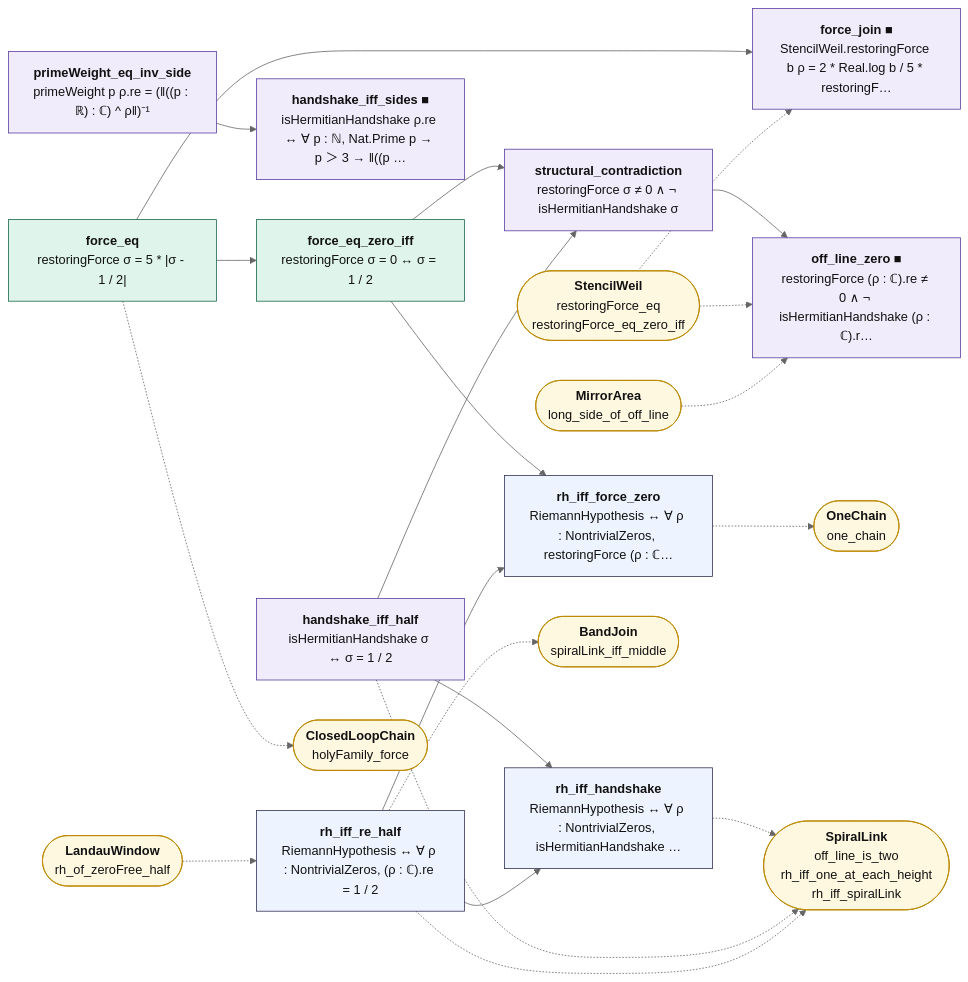
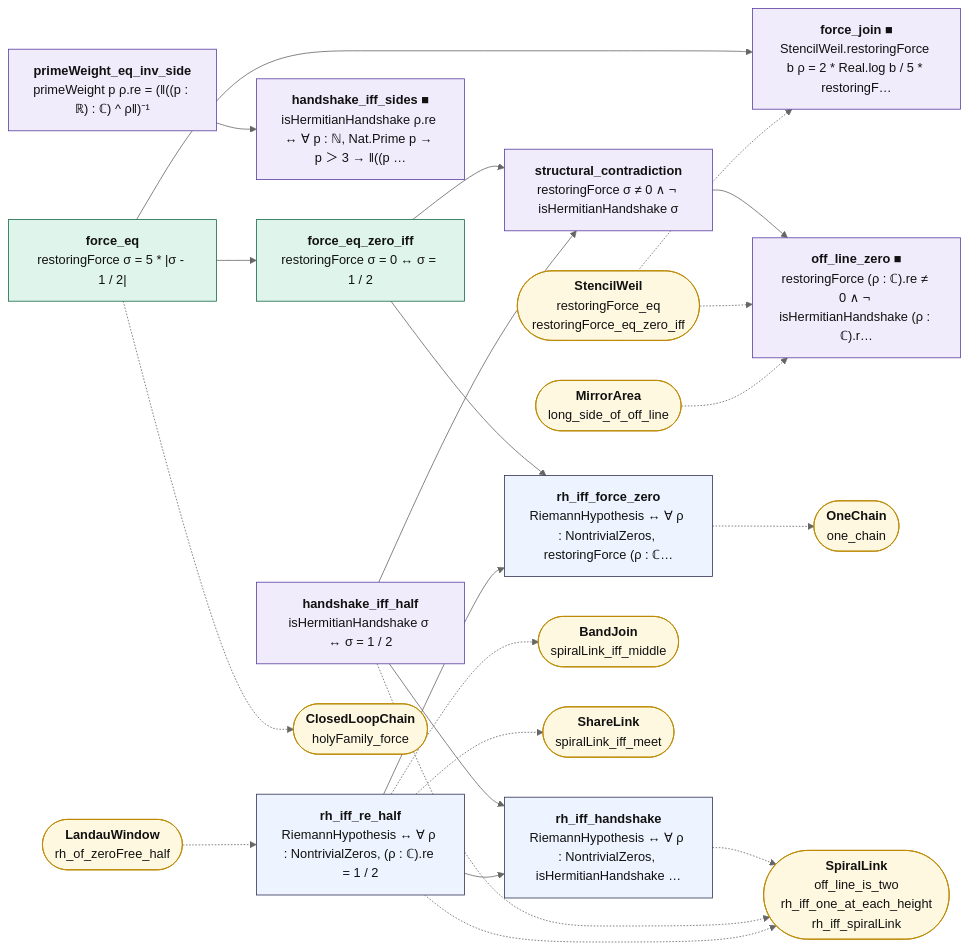
Before and after one commit to juliansambranojr/Primebeat_081426: the diagram in map/lean_stage3/ClosedLoopJoin.mmd, drawn with Mermaid (neutral theme). The commit also changed 26 other files, not shown here.

```diff
--- a/map/lean_stage3/ClosedLoopJoin.mmd
+++ b/map/lean_stage3/ClosedLoopJoin.mmd
@@ -1,47 +1,49 @@
 flowchart LR
   n0["<b>force_eq</b><br/>restoringForce σ = 5 * |σ - 1 / 2|"]:::cnt
   n1["<b>force_join ■</b><br/>StencilWeil.restoringForce b ρ = 2 * Real.log b / 5 * restoringF…"]:::shp
   n2["<b>force_eq_zero_iff</b><br/>restoringForce σ = 0 ↔ σ = 1 / 2"]:::cnt
   n3["<b>primeWeight_eq_inv_side</b><br/>primeWeight p ρ.re = (‖((p : ℝ) : ℂ) ^ ρ‖)⁻¹"]:::shp
   n4["<b>handshake_iff_sides ■</b><br/>isHermitianHandshake ρ.re ↔ ∀ p : ℕ, Nat.Prime p → p ＞ 3 → ‖((p …"]:::shp
   n5["<b>handshake_iff_half</b><br/>isHermitianHandshake σ ↔ σ = 1 / 2"]:::shp
   n6["<b>structural_contradiction</b><br/>restoringForce σ ≠ 0 ∧ ¬ isHermitianHandshake σ"]:::shp
   n7["<b>off_line_zero ■</b><br/>restoringForce (ρ : ℂ).re ≠ 0 ∧ ¬ isHermitianHandshake (ρ : ℂ).r…"]:::shp
   n8["<b>rh_iff_re_half</b><br/>RiemannHypothesis ↔ ∀ ρ : NontrivialZeros, (ρ : ℂ).re = 1 / 2"]:::thm
   n9["<b>rh_iff_force_zero</b><br/>RiemannHypothesis ↔ ∀ ρ : NontrivialZeros, restoringForce (ρ : ℂ…"]:::thm
   n10["<b>rh_iff_handshake</b><br/>RiemannHypothesis ↔ ∀ ρ : NontrivialZeros, isHermitianHandshake …"]:::thm
   x0(["<b>ClosedLoopChain</b><br/>holyFamily_force"]):::ext
   x1(["<b>StencilWeil</b><br/>restoringForce_eq<br/>restoringForce_eq_zero_iff"]):::ext
   x2(["<b>SpiralLink</b><br/>off_line_is_two<br/>rh_iff_one_at_each_height<br/>rh_iff_spiralLink"]):::ext
   x3(["<b>MirrorArea</b><br/>long_side_of_off_line"]):::ext
   x4(["<b>LandauWindow</b><br/>rh_of_zeroFree_half"]):::ext
   x5(["<b>BandJoin</b><br/>spiralLink_iff_middle"]):::ext
-  x6(["<b>OneChain</b><br/>one_chain"]):::ext
+  x6(["<b>ShareLink</b><br/>spiralLink_iff_meet"]):::ext
+  x7(["<b>OneChain</b><br/>one_chain"]):::ext
   n0 --> n1
   n0 --> n2
   n2 --> n6
   n2 --> n9
   n3 --> n4
   n5 --> n10
   n5 --> n6
   n6 --> n7
   n8 --> n10
   n8 --> n9
   n0 -.-> x0
   n10 -.-> x2
   n5 -.-> x2
   n8 -.-> x2
   n8 -.-> x5
-  n9 -.-> x6
+  n8 -.-> x6
+  n9 -.-> x7
   x1 -.-> n1
   x1 -.-> n7
   x3 -.-> n7
   x4 -.-> n8
   classDef cnt fill:#dff5ec,stroke:#17694a,color:#111
   classDef shp fill:#f1ecfb,stroke:#5b3fa0,color:#111
   classDef rh fill:#ffe5e5,stroke:#c22,color:#111,stroke-width:2px
   classDef thm fill:#eef4ff,stroke:#335,color:#111
   classDef end_ fill:#e7f7e7,stroke:#2a7,color:#111,stroke-width:2px
   classDef lone fill:#fff,stroke:#999,color:#111,stroke-dasharray:4 3
   classDef bad fill:#ffe5e5,stroke:#c22,color:#111,stroke-width:2px
   classDef ext fill:#fff8e1,stroke:#b80,color:#111
```
